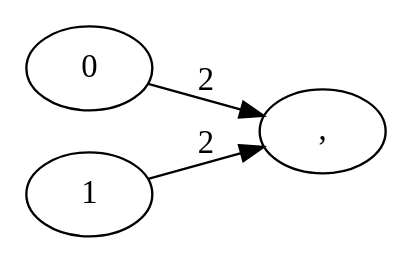
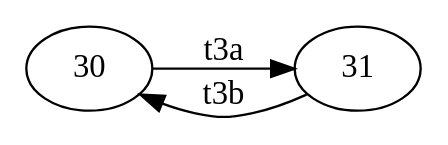
One commit to lucalavazza/Algoritmi-e-Strutture-Dati changed the diagram in ASD/C2.gv. Above: the diagram before and after it, drawn with Graphviz. The commit also changed 4 other files, not shown here.

```diff
--- a/ASD/C2.gv
+++ b/ASD/C2.gv
@@ -1,5 +1,5 @@
 digraph C2 {
-	rankdir=LR size="5,5"
-	0 -> "," [label=2]
-	1 -> "," [label=2]
+	rankdir=LR size=8.5
+	30 -> 31 [label=t3a]
+	31 -> 30 [label=t3b]
 }
```
